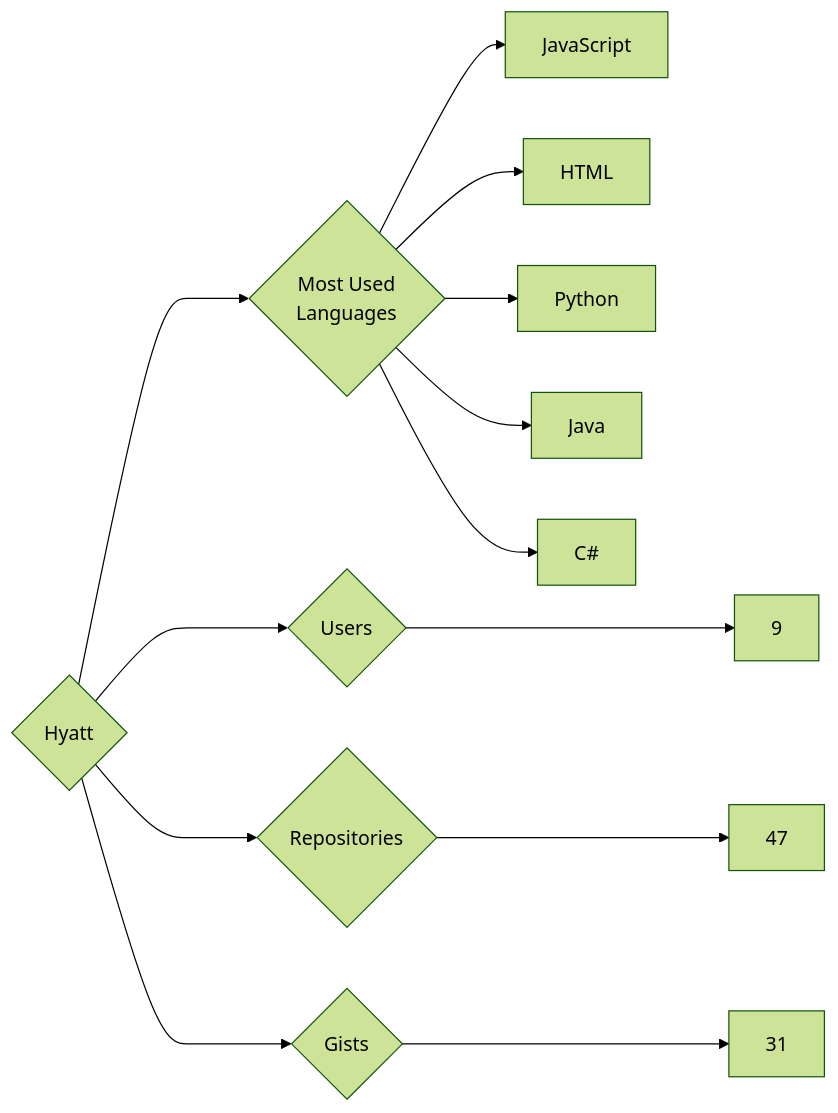
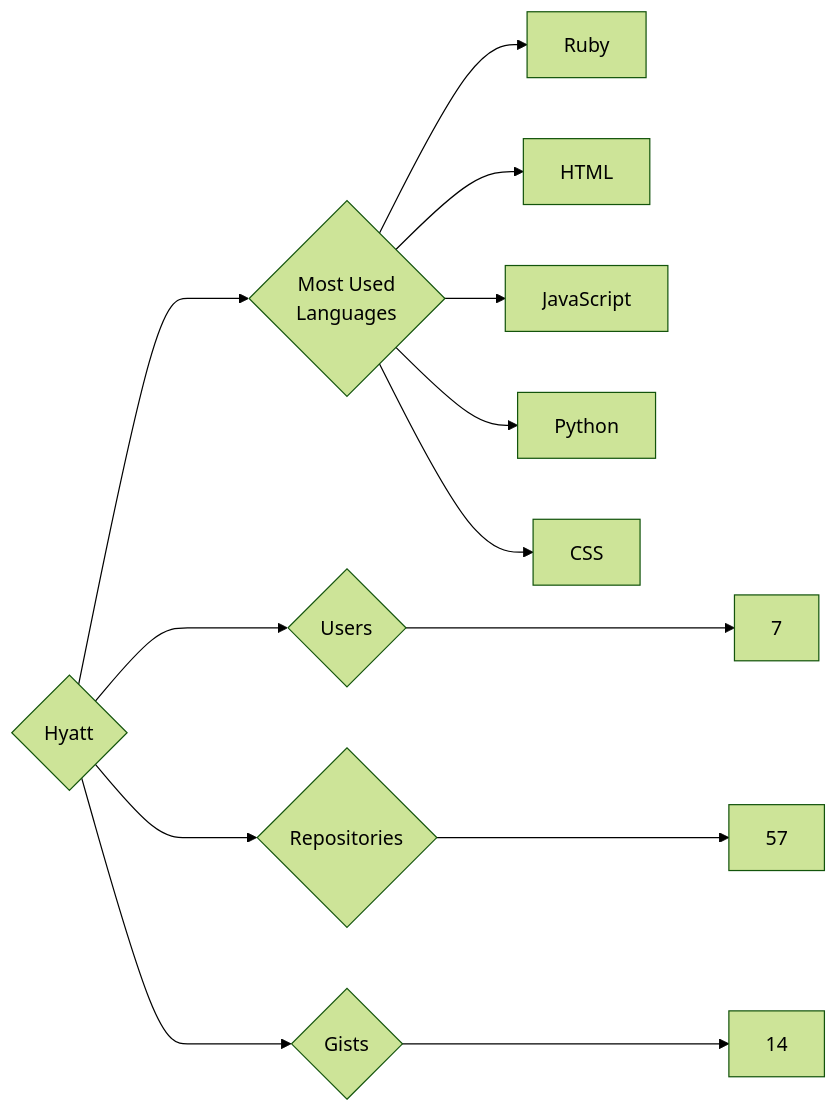
Before and after one commit to trickest/insiders: the diagram in targets/Hyatt/README.md, drawn with Mermaid (forest theme). The commit also changed 951 other files, not shown here.

````diff
--- a/targets/Hyatt/README.md
+++ b/targets/Hyatt/README.md
@@ -3,13 +3,13 @@
 ```mermaid
 graph LR
 COMPANY_NAME{Hyatt}
-COMPANY_NAME ---> U{Users} ---> UN[9]
-COMPANY_NAME ---> R{Repositories} ---> RN[47]
-COMPANY_NAME ---> G{Gists} ---> GN[31]
+COMPANY_NAME ---> U{Users} ---> UN[7]
+COMPANY_NAME ---> R{Repositories} ---> RN[57]
+COMPANY_NAME ---> G{Gists} ---> GN[14]
 COMPANY_NAME ---> ML{Most Used<br>Languages}
-ML --> JavaScript
-ML --> HTML
-ML --> Python
-ML --> Java
-ML --> C#
+ML --> Ruby[Ruby]
+ML --> HTML[HTML]
+ML --> JavaScript[JavaScript]
+ML --> Python[Python]
+ML --> CSS[CSS]
 ```
````
